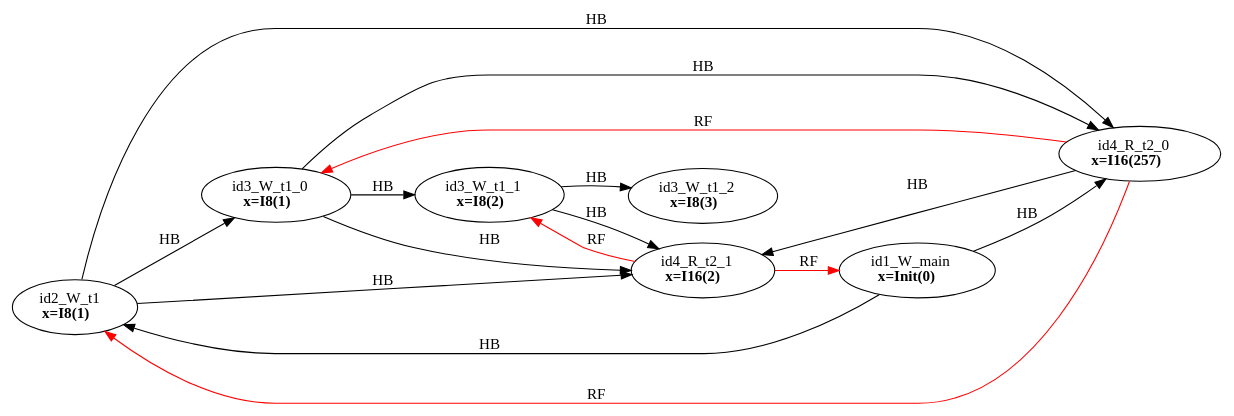
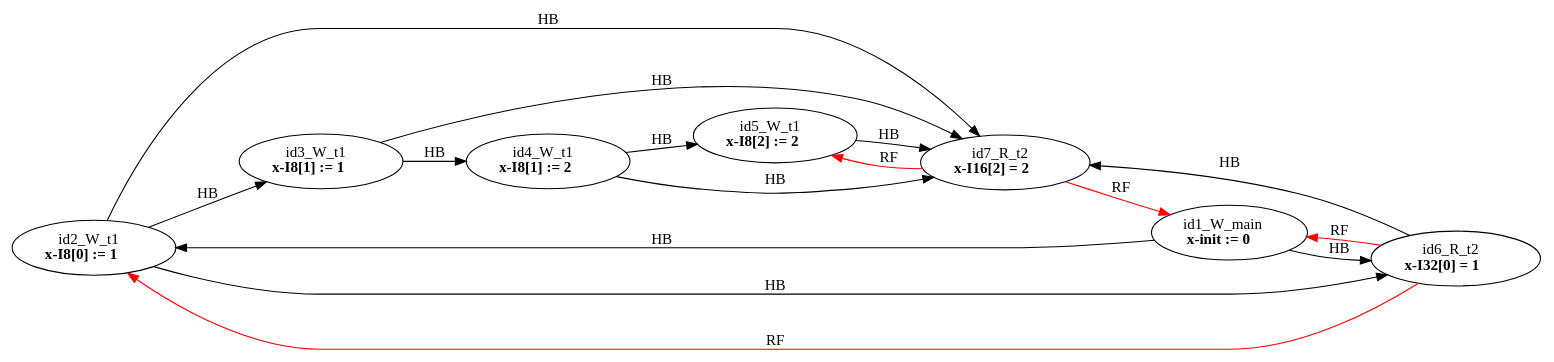
One commit to FMJS/EMME changed the diagram in examples/single_var/sv_simple16/mm6.dot. Above: the diagram before and after it, drawn with Graphviz. The commit also changed 481 other files, not shown here.

```diff
--- a/examples/single_var/sv_simple16/mm6.dot
+++ b/examples/single_var/sv_simple16/mm6.dot
@@ -1,26 +1,26 @@
 digraph memory_model {
 rankdir=LR;
 splines=true; esep=0.5;
-id2_W_t1 -> id3_W_t1_0 [label = "HB", color="black"];
-id3_W_t1_0 -> id3_W_t1_1 [label = "HB", color="black"];
-id3_W_t1_1 -> id3_W_t1_2 [label = "HB", color="black"];
-id4_R_t2_0 -> id4_R_t2_1 [label = "HB", color="black"];
+id2_W_t1 -> id3_W_t1 [label = "HB", color="black"];
+id3_W_t1 -> id4_W_t1 [label = "HB", color="black"];
+id4_W_t1 -> id5_W_t1 [label = "HB", color="black"];
+id6_R_t2 -> id7_R_t2 [label = "HB", color="black"];
 id1_W_main -> id2_W_t1 [label = "HB", color="black"];
-id1_W_main -> id4_R_t2_0 [label = "HB", color="black"];
-id2_W_t1 -> id4_R_t2_0 [label = "HB", color="black"];
-id2_W_t1 -> id4_R_t2_1 [label = "HB", color="black"];
-id3_W_t1_0 -> id4_R_t2_0 [label = "HB", color="black"];
-id3_W_t1_0 -> id4_R_t2_1 [label = "HB", color="black"];
-id3_W_t1_1 -> id4_R_t2_1 [label = "HB", color="black"];
-id4_R_t2_0 -> id2_W_t1 [label = "RF", color="red"];
-id4_R_t2_0 -> id3_W_t1_0 [label = "RF", color="red"];
-id4_R_t2_1 -> id1_W_main [label = "RF", color="red"];
-id4_R_t2_1 -> id3_W_t1_1 [label = "RF", color="red"];
-id1_W_main [label=<id1_W_main<br/><B>x=Init(0)</B>>, pos="2.5,8!"]
-id2_W_t1 [label=<id2_W_t1<br/><B>x=I8(1)</B>>, pos="0,6!"]
-id3_W_t1_0 [label=<id3_W_t1_0<br/><B>x=I8(1)</B>>, pos="0,4!"]
-id3_W_t1_1 [label=<id3_W_t1_1<br/><B>x=I8(2)</B>>, pos="0,2!"]
-id3_W_t1_2 [label=<id3_W_t1_2<br/><B>x=I8(3)</B>>, pos="0,0!"]
-id4_R_t2_0 [label=<id4_R_t2_0<br/><B>x=I16(257)</B>>, pos="5,6!"]
-id4_R_t2_1 [label=<id4_R_t2_1<br/><B>x=I16(2)</B>>, pos="5,4!"]
+id1_W_main -> id6_R_t2 [label = "HB", color="black"];
+id2_W_t1 -> id6_R_t2 [label = "HB", color="black"];
+id2_W_t1 -> id7_R_t2 [label = "HB", color="black"];
+id3_W_t1 -> id7_R_t2 [label = "HB", color="black"];
+id4_W_t1 -> id7_R_t2 [label = "HB", color="black"];
+id5_W_t1 -> id7_R_t2 [label = "HB", color="black"];
+id6_R_t2 -> id1_W_main [label = "RF", color="red"];
+id6_R_t2 -> id2_W_t1 [label = "RF", color="red"];
+id7_R_t2 -> id1_W_main [label = "RF", color="red"];
+id7_R_t2 -> id5_W_t1 [label = "RF", color="red"];
+id1_W_main [label=<id1_W_main<br/><B>x-init := 0</B>>, pos="2.5,8!"]
+id2_W_t1 [label=<id2_W_t1<br/><B>x-I8[0] := 1</B>>, pos="0,6!"]
+id3_W_t1 [label=<id3_W_t1<br/><B>x-I8[1] := 1</B>>, pos="0,4!"]
+id4_W_t1 [label=<id4_W_t1<br/><B>x-I8[1] := 2</B>>, pos="0,2!"]
+id5_W_t1 [label=<id5_W_t1<br/><B>x-I8[2] := 2</B>>, pos="0,0!"]
+id6_R_t2 [label=<id6_R_t2<br/><B>x-I32[0] = 1</B>>, pos="5,6!"]
+id7_R_t2 [label=<id7_R_t2<br/><B>x-I16[2] = 2</B>>, pos="5,4!"]
 }
```
